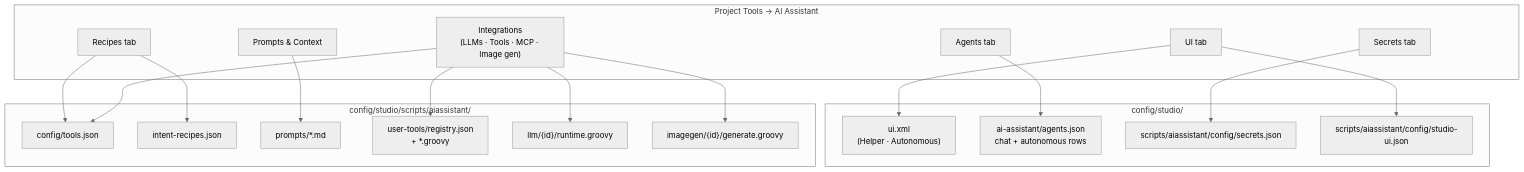
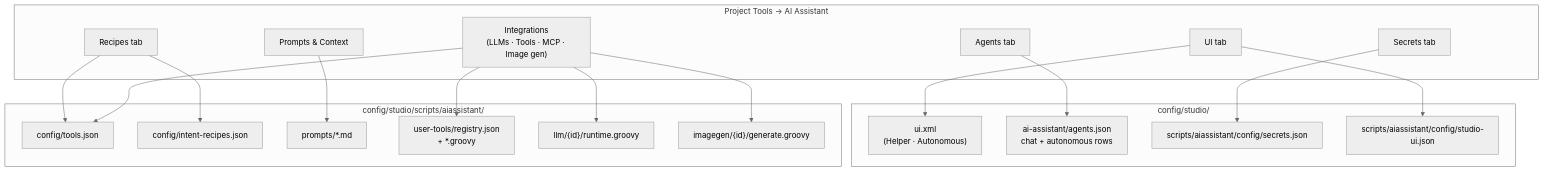
Before and after one commit to craftercms/ai-assistant-plugin: the third of 14 diagrams in docs/architecture-diagrams.md, drawn with Mermaid (neutral theme). The commit also changed other lines of this file and 30 other files, not shown here.

````diff
--- a/docs/architecture-diagrams.md
+++ b/docs/architecture-diagrams.md
@@ -139,39 +140,39 @@
 ```mermaid
 flowchart TB
   subgraph adminUi["Project Tools → AI Assistant"]
     TabUI["UI tab"]
     TabAgents["Agents tab"]
     TabRecipes["Recipes tab"]
     TabInt["Integrations\n(LLMs · Tools · MCP · Image gen)"]
     TabSecrets["Secrets tab"]
     TabPrompts["Prompts & Context"]
   end
 
   subgraph studioConfig["config/studio/"]
     UiXml["ui.xml\n(Helper · Autonomous)"]
     Agents["ai-assistant/agents.json\nchat + autonomous rows"]
     Secrets["scripts/aiassistant/config/secrets.json"]
     StudioUi["scripts/aiassistant/config/studio-ui.json"]
   end
 
   subgraph siteScripts["config/studio/scripts/aiassistant/"]
     ToolsJson["config/tools.json"]
-    RecipesJson["intent-recipes.json"]
+    RecipesJson["config/intent-recipes.json"]
     PromptsMd["prompts/*.md"]
     UserTools["user-tools/registry.json\n+ *.groovy"]
     ScriptLlm["llm/{id}/runtime.groovy"]
     ImageGen["imagegen/{id}/generate.groovy"]
   end
 
   TabUI --> StudioUi
   TabUI --> UiXml
   TabAgents --> Agents
   TabSecrets --> Secrets
   TabRecipes --> RecipesJson
   TabRecipes --> ToolsJson
   TabInt --> ToolsJson
   TabInt --> ScriptLlm
   TabInt --> ImageGen
   TabInt --> UserTools
   TabPrompts --> PromptsMd
 ```
````
